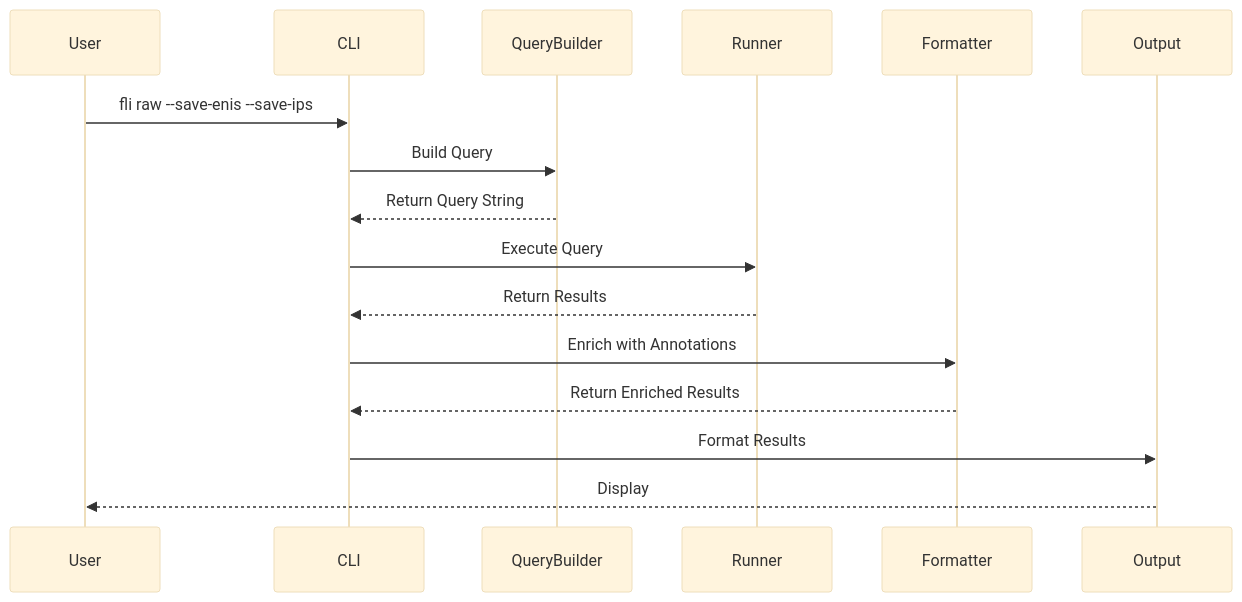
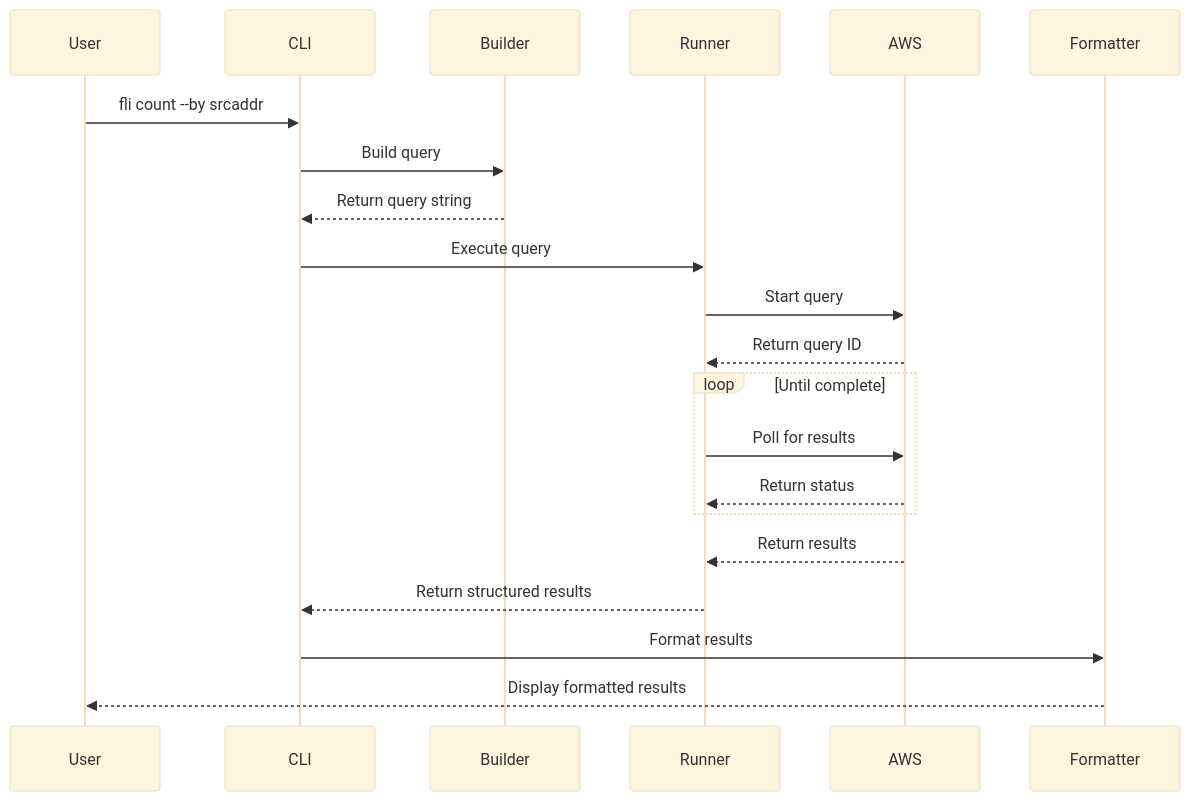
Before and after one commit to fractalops/fli: the second of 3 diagrams in docs/design/architecture.md, drawn with Mermaid (base theme). The commit also changed other lines of this file, not shown here.

First line of the commit message:
Refactor architecture documentation for improved clarity

````diff
--- a/docs/design/architecture.md
+++ b/docs/design/architecture.md
@@ -82,19 +306,24 @@
 ```mermaid
 sequenceDiagram
-    participant U as User
-    participant C as CLI
-    participant B as QueryBuilder
-    participant R as Runner
-    participant A as Formatter
-    participant F as Output
+    participant User
+    participant CLI
+    participant Builder
+    participant Runner
+    participant AWS
+    participant Formatter
     
-    U->>C: fli raw --save-enis --save-ips
-    C->>B: Build Query
-    B-->>C: Return Query String
-    C->>R: Execute Query
-    R-->>C: Return Results
-    C->>A: Enrich with Annotations
-    A-->>C: Return Enriched Results
-    C->>F: Format Results
-    F-->>U: Display
+    User->>CLI: fli count --by srcaddr
+    CLI->>Builder: Build query
+    Builder-->>CLI: Return query string
+    CLI->>Runner: Execute query
+    Runner->>AWS: Start query
+    AWS-->>Runner: Return query ID
+    loop Until complete
+        Runner->>AWS: Poll for results
+        AWS-->>Runner: Return status
+    end
+    AWS-->>Runner: Return results
+    Runner-->>CLI: Return structured results
+    CLI->>Formatter: Format results
+    Formatter-->>User: Display formatted results
 ```
````
